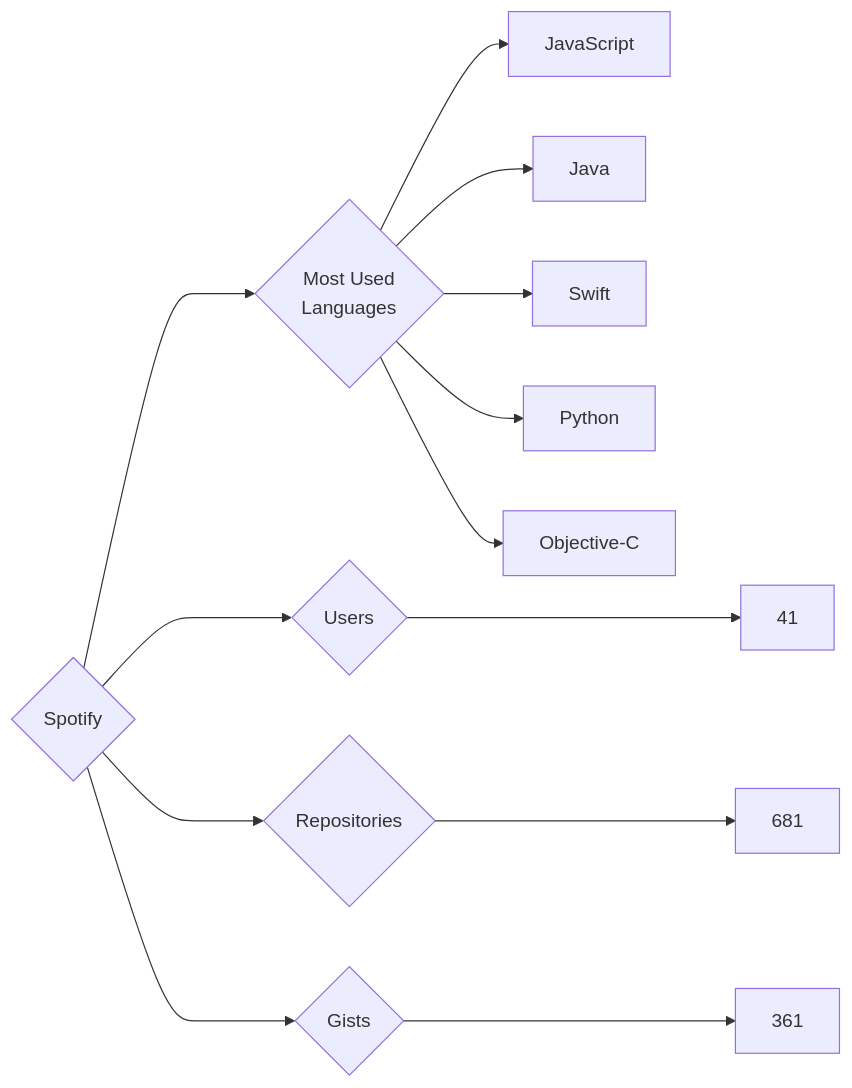
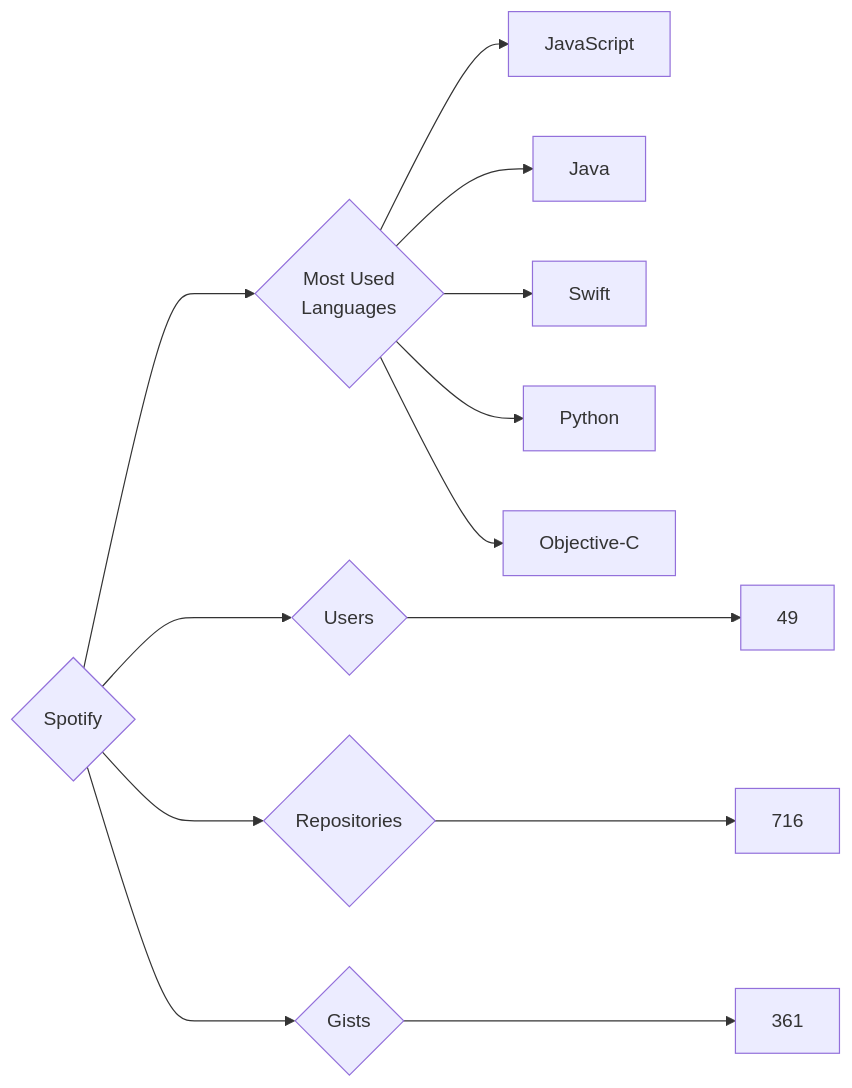
The diagram in targets/Spotify/README.md (trickest/insiders), drawn with Mermaid before and after one commit. The commit also changed 898 other files, not shown here.

````diff
--- a/targets/Spotify/README.md
+++ b/targets/Spotify/README.md
@@ -3,13 +3,13 @@
 ```mermaid
 graph LR
 COMPANY_NAME{Spotify}
-COMPANY_NAME ---> U{Users} ---> UN[41]
-COMPANY_NAME ---> R{Repositories} ---> RN[681]
+COMPANY_NAME ---> U{Users} ---> UN[49]
+COMPANY_NAME ---> R{Repositories} ---> RN[716]
 COMPANY_NAME ---> G{Gists} ---> GN[361]
 COMPANY_NAME ---> ML{Most Used<br>Languages}
 ML --> JavaScript[JavaScript]
 ML --> Java[Java]
 ML --> Swift[Swift]
 ML --> Python[Python]
 ML --> Objective-C[Objective-C]
 ```
````
